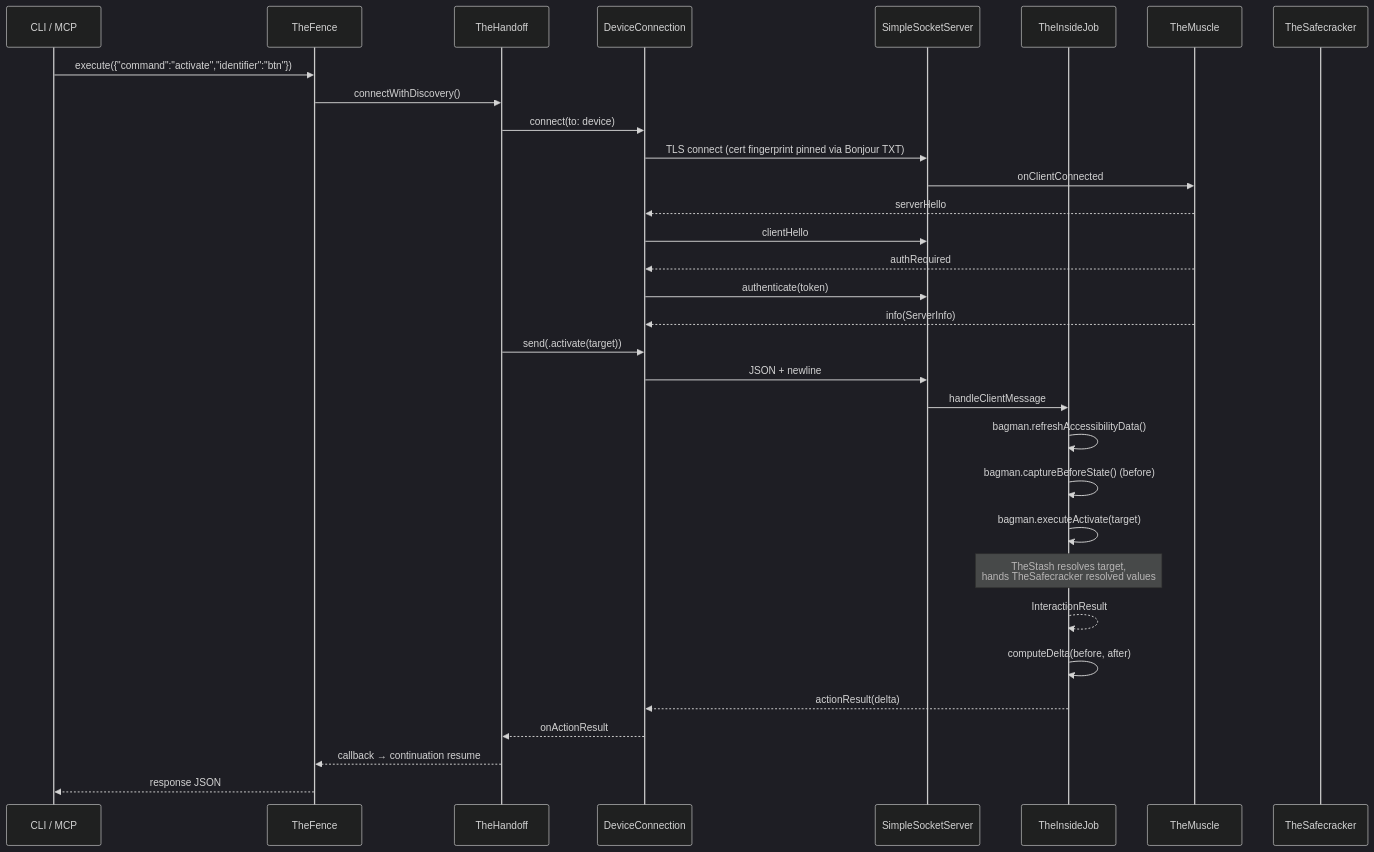
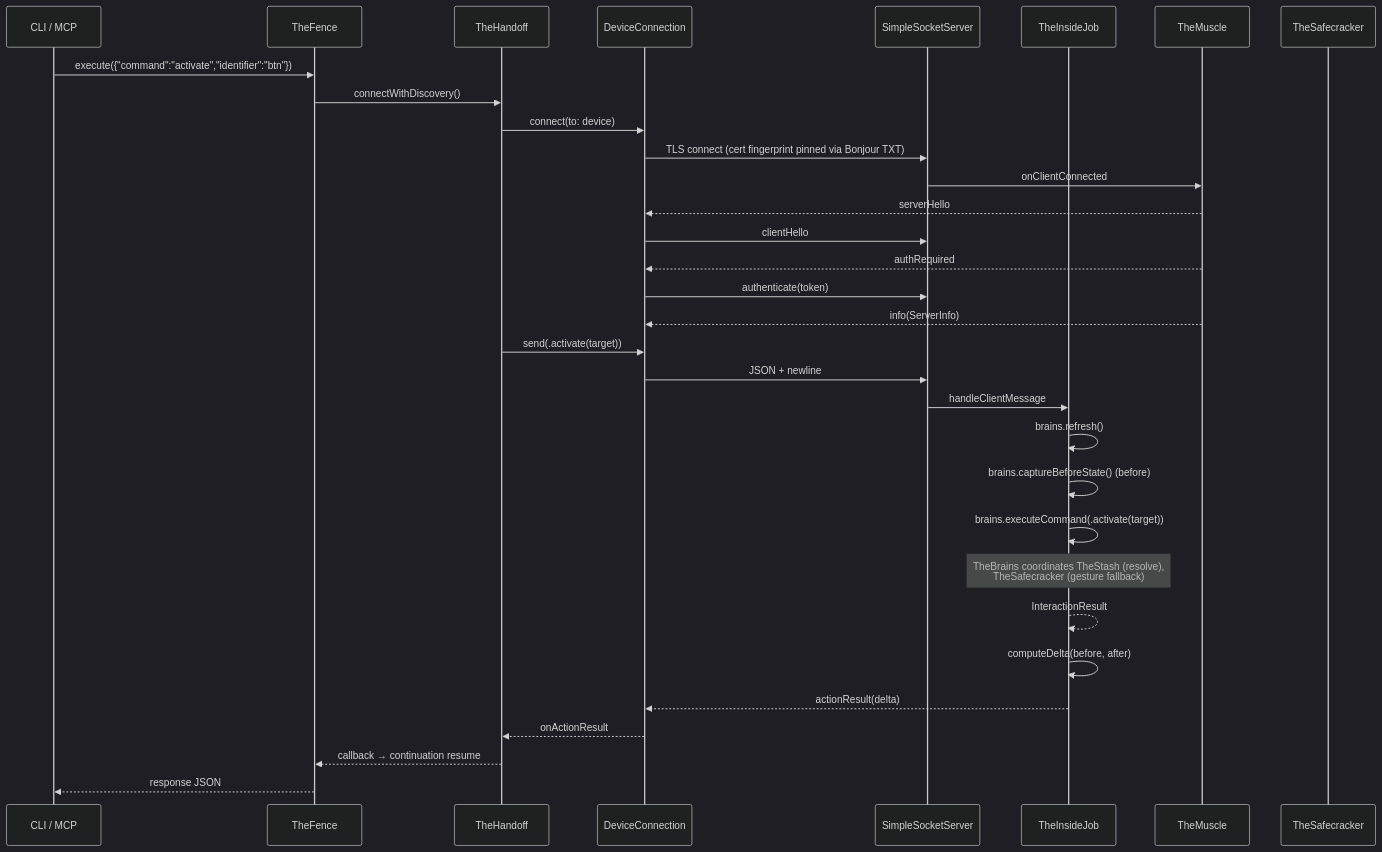
The second of 2 diagrams in docs/dossiers/00-OVERVIEW.md (RoyalPineapple/TheButtonHeist), drawn with Mermaid (dark theme) before and after one commit. The commit also changed other lines of this file and 13 other files, not shown here.

````diff
--- a/docs/dossiers/00-OVERVIEW.md
+++ b/docs/dossiers/00-OVERVIEW.md
@@ -67,35 +69,35 @@
 ```mermaid
 sequenceDiagram
     participant CLI as CLI / MCP
     participant TF as TheFence
     participant TH as TheHandoff
     participant DC as DeviceConnection
     participant SS as SimpleSocketServer
     participant IJ as TheInsideJob
     participant TM2 as TheMuscle
     participant TS as TheSafecracker
 
     CLI->>TF: execute({"command":"activate","identifier":"btn"})
     TF->>TH: connectWithDiscovery()
     TH->>DC: connect(to: device)
     DC->>SS: TLS connect (cert fingerprint pinned via Bonjour TXT)
     SS->>TM2: onClientConnected
     TM2-->>DC: serverHello
     DC->>SS: clientHello
     TM2-->>DC: authRequired
     DC->>SS: authenticate(token)
     TM2-->>DC: info(ServerInfo)
     TH->>DC: send(.activate(target))
     DC->>SS: JSON + newline
     SS->>IJ: handleClientMessage
-    IJ->>IJ: bagman.refreshAccessibilityData()
-    IJ->>IJ: bagman.captureBeforeState() (before)
-    IJ->>IJ: bagman.executeActivate(target)
-    Note over IJ: TheStash resolves target,<br/>hands TheSafecracker resolved values
+    IJ->>IJ: brains.refresh()
+    IJ->>IJ: brains.captureBeforeState() (before)
+    IJ->>IJ: brains.executeCommand(.activate(target))
+    Note over IJ: TheBrains coordinates TheStash (resolve),<br/>TheSafecracker (gesture fallback)
     IJ-->>IJ: InteractionResult
     IJ->>IJ: computeDelta(before, after)
     IJ-->>DC: actionResult(delta)
     DC-->>TH: onActionResult
     TH-->>TF: callback → continuation resume
     TF-->>CLI: response JSON
 ```
````
